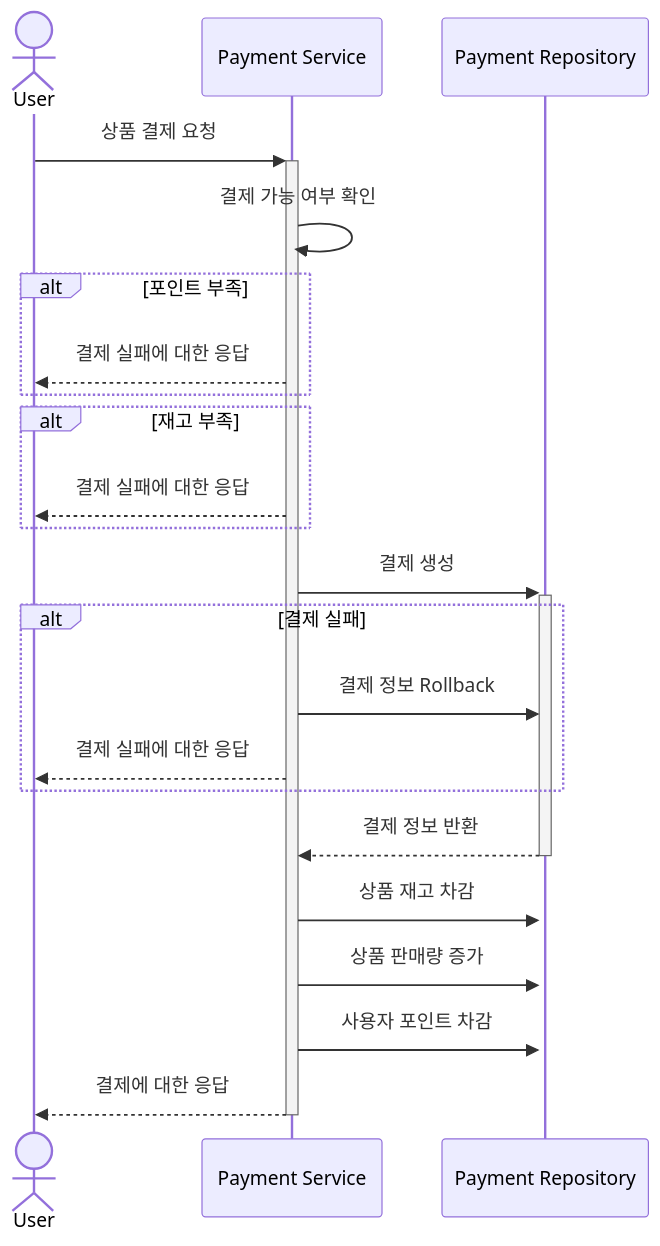
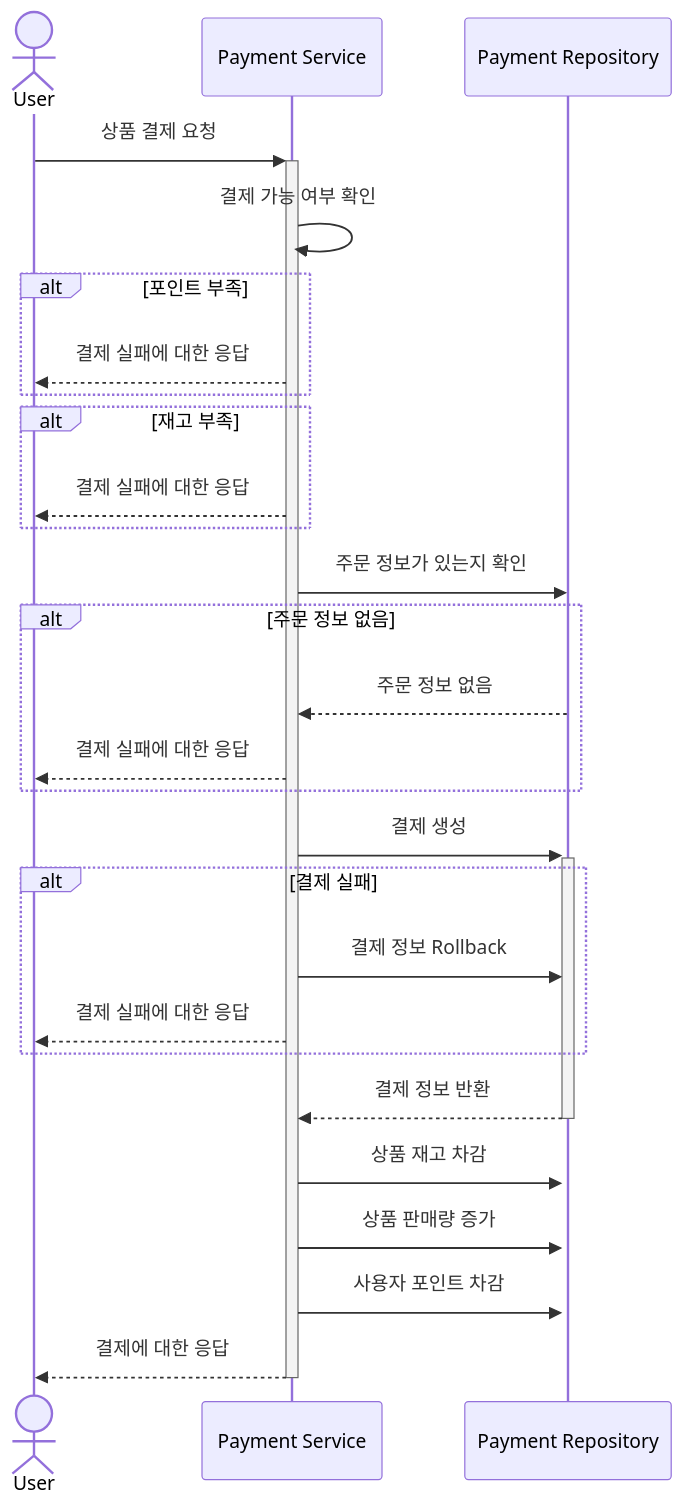
Before and after one commit to kiyoung92/nestjs-Infrastructure-report: the fifth of 6 diagrams in README.md, drawn with Mermaid.

Commit message:
docs: sequence diagram 수정
상품 결제에서 주문정보가 없을 시 실패 케이스 추가

````diff
--- a/README.md
+++ b/README.md
@@ -120,24 +120,31 @@
 ```mermaid
 sequenceDiagram
 
   actor User
 
   User ->>+ Payment Service: 상품 결제 요청
   Payment Service ->> Payment Service: 결제 가능 여부 확인
   alt 포인트 부족
     Payment Service -->> User: 결제 실패에 대한 응답
   end
   alt 재고 부족
     Payment Service -->> User: 결제 실패에 대한 응답
   end
+  Payment Service ->> Payment Repository: 주문 정보가 있는지 확인
+
+  alt 주문 정보 없음
+    Payment Repository -->> Payment Service: 주문 정보 없음
+    Payment Service -->> User: 결제 실패에 대한 응답
+  end
+
   Payment Service ->>+ Payment Repository: 결제 생성
   alt 결제 실패
     Payment Service ->> Payment Repository: 결제 정보 Rollback
     Payment Service -->> User: 결제 실패에 대한 응답
   end
   Payment Repository -->>- Payment Service: 결제 정보 반환
   Payment Service ->>+ Payment Repository: 상품 재고 차감
   Payment Service ->>+ Payment Repository: 상품 판매량 증가
   Payment Service ->>+ Payment Repository: 사용자 포인트 차감
   Payment Service -->>- User: 결제에 대한 응답
 ```
````
